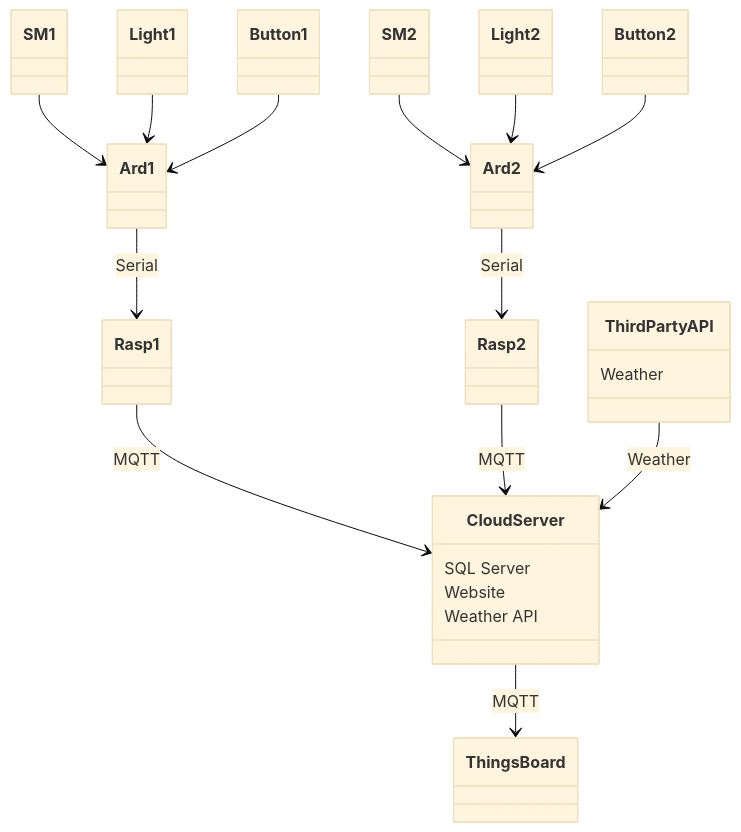
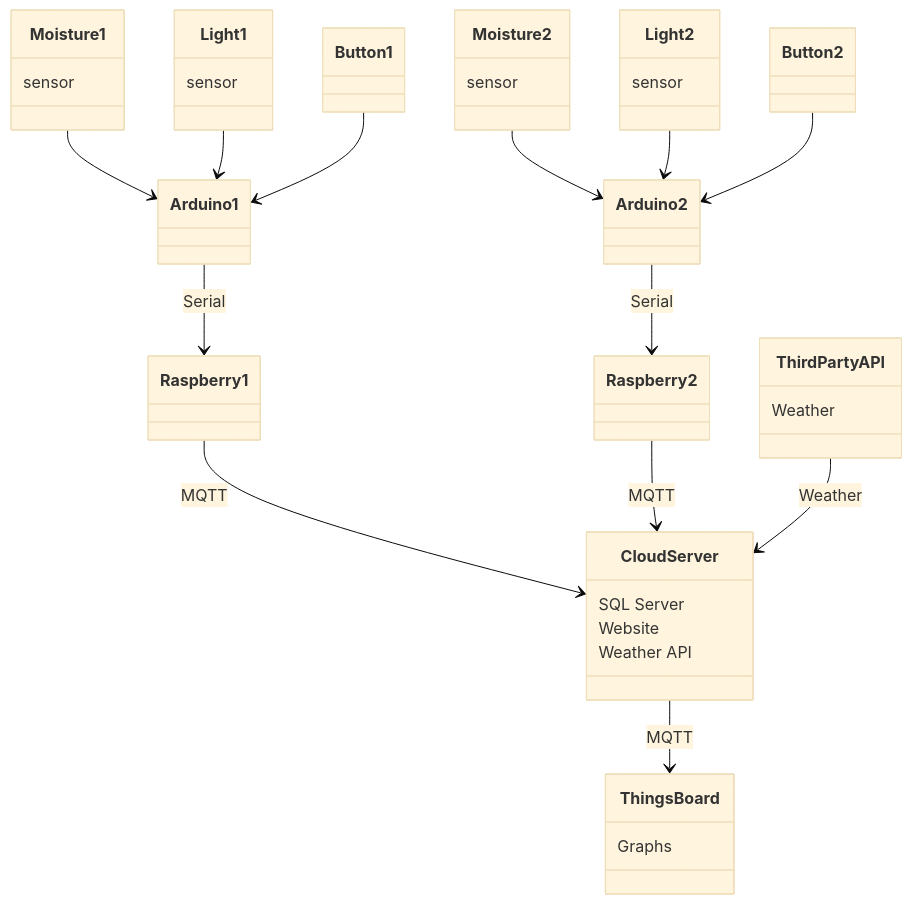
One commit to jag3rm3ist3r/GroupAssignment changed the diagram in README.md. Above: the diagram before and after it, drawn with Mermaid (base theme). The commit also changed 3 other files, not shown here.

Commit message:
Diagram changes and linting

````diff
--- a/README.md
+++ b/README.md
@@ -3,36 +3,42 @@
 ```mermaid
 classDiagram
 
 class ThingsBoard
-class Rasp1
-class Rasp2
-class Ard1
-class Ard2
+class Raspberry1
+class Raspberry2
+class Arduino1
+class Arduino2
 class CloudServer
-class SM1
-class SM2
+class Moisture1
+class Moisture2
 class Light1
 class Light2
 class Button1
 class Button2
 class ThirdPartyAPI
 
-SM1 --> Ard1
-SM2 --> Ard2
-Light1 --> Ard1
-Light2 --> Ard2
-Button1 --> Ard1
-Button2 --> Ard2
-
-Ard1 --> Rasp1 : Serial
-Ard2 --> Rasp2 : Serial
-Rasp1 --> CloudServer : MQTT
-Rasp2 --> CloudServer : MQTT
+Moisture1 : sensor
+Moisture2 : sensor
+Light1 : sensor
+Light2 : sensor
 CloudServer : SQL Server
 CloudServer : Website
 CloudServer : Weather API
+ThirdPartyAPI : Weather
+ThingsBoard : Graphs
+
+Moisture1 --> Arduino1
+Moisture2 --> Arduino2
+Light1 --> Arduino1
+Light2 --> Arduino2
+Button1 --> Arduino1
+Button2 --> Arduino2
+
+Arduino1 --> Raspberry1 : Serial
+Arduino2 --> Raspberry2 : Serial
+Raspberry1 --> CloudServer : MQTT
+Raspberry2 --> CloudServer : MQTT
 ThirdPartyAPI --> CloudServer : Weather
-ThirdPartyAPI : Weather
 CloudServer --> ThingsBoard : MQTT
 
 ```
````
